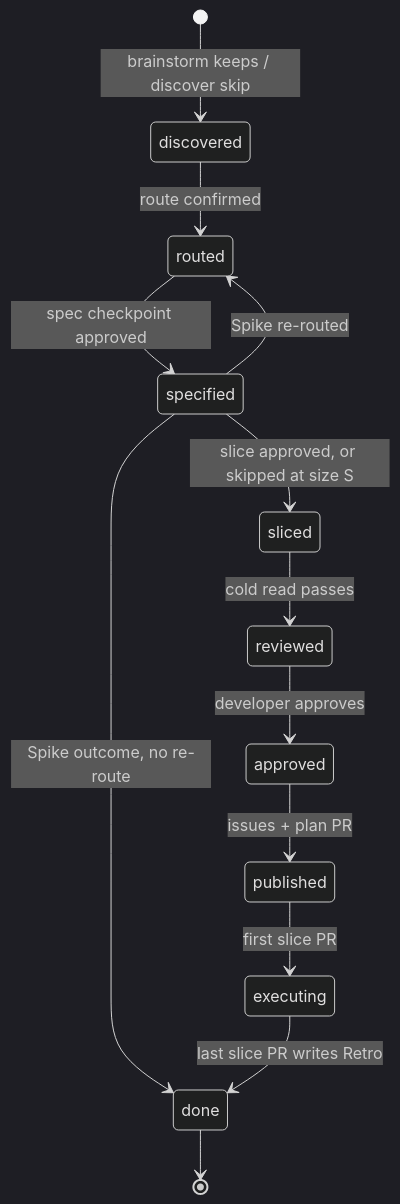
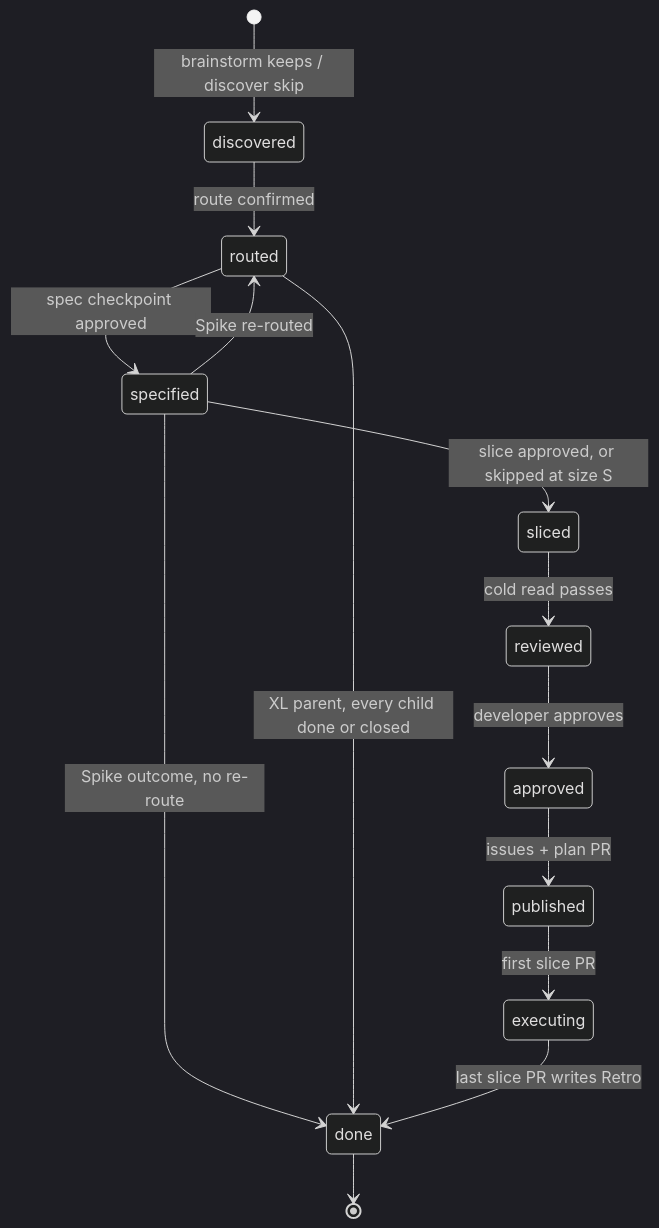
One commit to retroboot/agent-plugins changed the first of 2 diagrams in skills/planning/references/pack-format.md. Above: the diagram before and after it, drawn with Mermaid (dark theme). The commit also changed other lines of this file and 2 other files, not shown here.

First line of the commit message:
feat(planning): define how an XL parent pack closes (#295)

````diff
--- a/skills/planning/references/pack-format.md
+++ b/skills/planning/references/pack-format.md
@@ -213,15 +216,16 @@
 ```mermaid
 stateDiagram-v2
   [*] --> discovered: brainstorm keeps / discover skip
   discovered --> routed: route confirmed
   routed --> specified: spec checkpoint approved
   specified --> sliced: slice approved, or skipped at size S
   specified --> done: Spike outcome, no re-route
+  routed --> done: XL parent, every child done or closed
   specified --> routed: Spike re-routed
   sliced --> reviewed: cold read passes
   reviewed --> approved: developer approves
   approved --> published: issues + plan PR
   published --> executing: first slice PR
   executing --> done: last slice PR writes Retro
   done --> [*]
 ```
````
